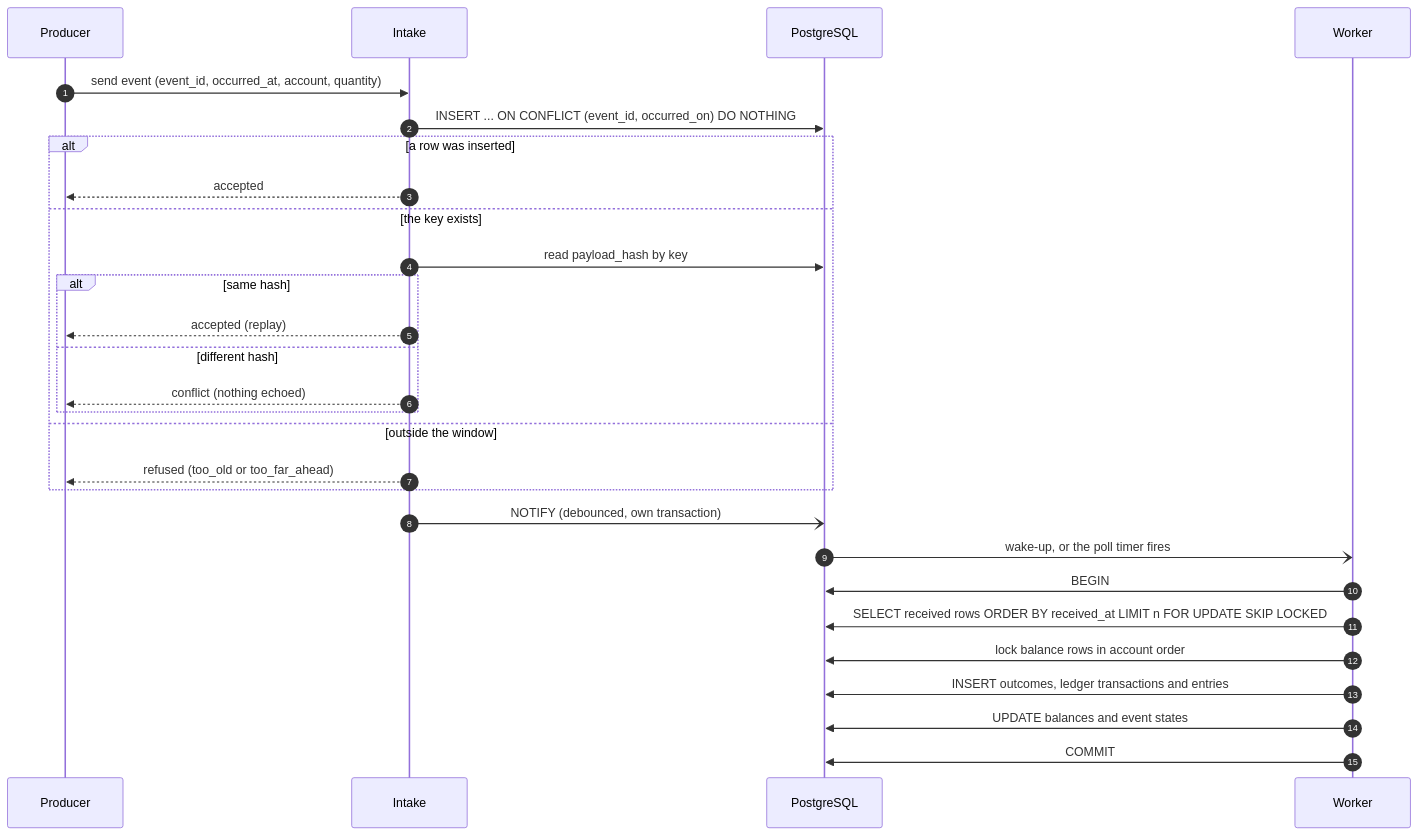
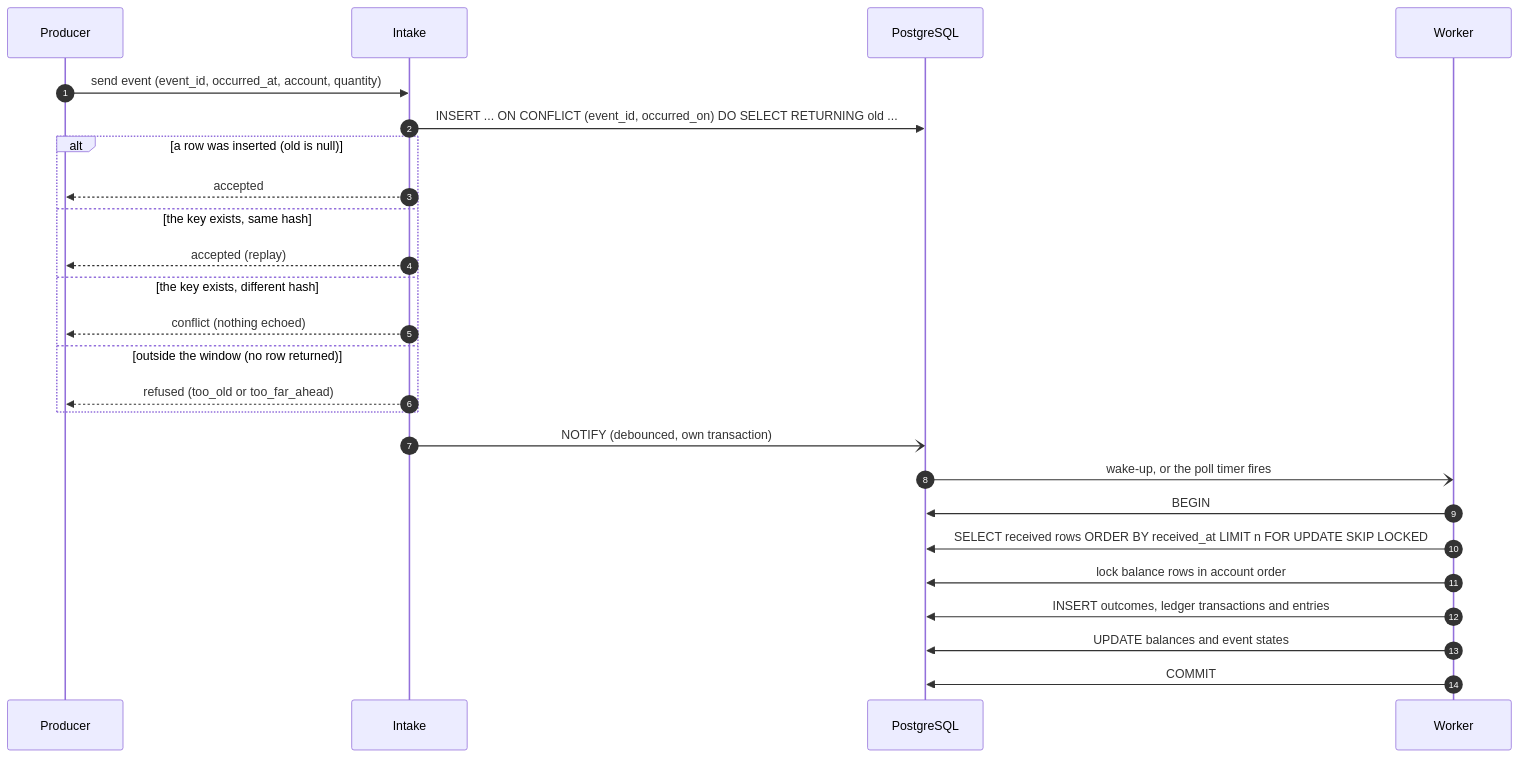
The first of 2 diagrams in docs/adr/0001-postgres-is-the-queue.md (vaam-apps/openbilling-rs), drawn with Mermaid before and after one commit. The commit also changed other lines of this file and 8 other files, not shown here.

````diff
--- a/docs/adr/0001-postgres-is-the-queue.md
+++ b/docs/adr/0001-postgres-is-the-queue.md
@@ -177,30 +197,27 @@
 ```mermaid
 sequenceDiagram
     autonumber
     participant P as Producer
     participant I as Intake
     participant DB as PostgreSQL
     participant W as Worker
     P->>I: send event (event_id, occurred_at, account, quantity)
-    I->>DB: INSERT ... ON CONFLICT (event_id, occurred_on) DO NOTHING
-    alt a row was inserted
+    I->>DB: INSERT ... ON CONFLICT (event_id, occurred_on) DO SELECT RETURNING old ...
+    alt a row was inserted (old is null)
         I-->>P: accepted
-    else the key exists
-        I->>DB: read payload_hash by key
-        alt same hash
-            I-->>P: accepted (replay)
-        else different hash
-            I-->>P: conflict (nothing echoed)
-        end
-    else outside the window
+    else the key exists, same hash
+        I-->>P: accepted (replay)
+    else the key exists, different hash
+        I-->>P: conflict (nothing echoed)
+    else outside the window (no row returned)
         I-->>P: refused (too_old or too_far_ahead)
     end
     I-)DB: NOTIFY (debounced, own transaction)
     DB-)W: wake-up, or the poll timer fires
     W->>DB: BEGIN
     W->>DB: SELECT received rows ORDER BY received_at LIMIT n FOR UPDATE SKIP LOCKED
     W->>DB: lock balance rows in account order
     W->>DB: INSERT outcomes, ledger transactions and entries
     W->>DB: UPDATE balances and event states
     W->>DB: COMMIT
 ```
````
